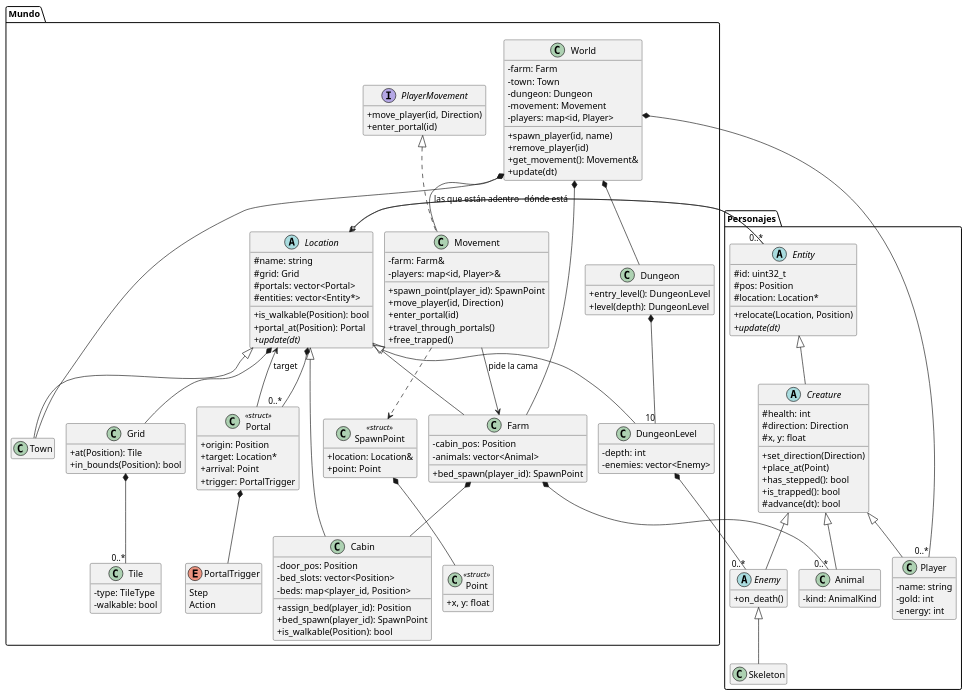
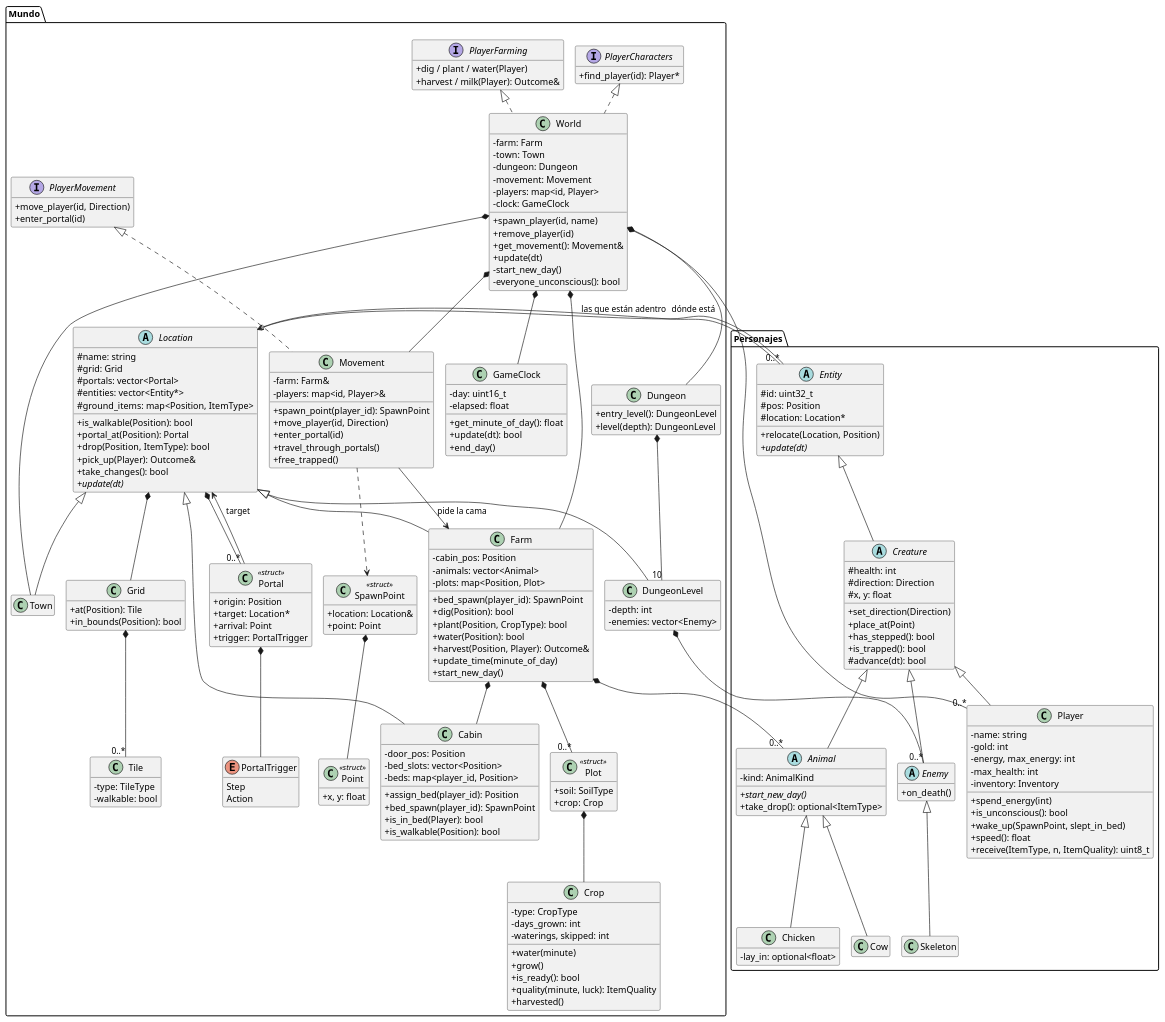
The diagram in server/docs/diagrams/world/world.puml (jerod1903/tp-taller-2026c2-grupo-14), drawn with PlantUML before and after one commit. The commit also changed 8 other files, not shown here.

Commit message:
docs(server): actualizo diagramas

```diff
--- a/server/docs/diagrams/world/world.puml
+++ b/server/docs/diagrams/world/world.puml
@@ -8,16 +8,33 @@
     + move_player(id, Direction)
     + enter_portal(id)
   }
+  interface PlayerCharacters {
+    + find_player(id): Player*
+  }
+  interface PlayerFarming {
+    + dig / plant / water(Player)
+    + harvest / milk(Player): Outcome&
+  }
+  class GameClock {
+    - day: uint16_t
+    - elapsed: float
+    + get_minute_of_day(): float
+    + update(dt): bool
+    + end_day()
+  }
   class World {
     - farm: Farm
     - town: Town
     - dungeon: Dungeon
     - movement: Movement
     - players: map<id, Player>
+    - clock: GameClock
     + spawn_player(id, name)
     + remove_player(id)
     + get_movement(): Movement&
     + update(dt)
+    - start_new_day()
+    - everyone_unconscious(): bool
   }
   class Movement {
     - farm: Farm&
@@ -40,14 +57,39 @@
     # grid: Grid
     # portals: vector<Portal>
     # entities: vector<Entity*>
+    # ground_items: map<Position, ItemType>
     + is_walkable(Position): bool
     + portal_at(Position): Portal
+    + drop(Position, ItemType): bool
+    + pick_up(Player): Outcome&
+    + take_changes(): bool
     + {abstract} update(dt)
   }
   class Farm {
     - cabin_pos: Position
     - animals: vector<Animal>
+    - plots: map<Position, Plot>
     + bed_spawn(player_id): SpawnPoint
+    + dig(Position): bool
+    + plant(Position, CropType): bool
+    + water(Position): bool
+    + harvest(Position, Player): Outcome&
+    + update_time(minute_of_day)
+    + start_new_day()
+  }
+  class Plot <<struct>> {
+    + soil: SoilType
+    + crop: Crop
+  }
+  class Crop {
+    - type: CropType
+    - days_grown: int
+    - waterings, skipped: int
+    + water(minute)
+    + grow()
+    + is_ready(): bool
+    + quality(minute, luck): ItemQuality
+    + harvested()
   }
   class Cabin {
     - door_pos: Position
@@ -55,6 +97,7 @@
     - beds: map<player_id, Position>
     + assign_bed(player_id): Position
     + bed_spawn(player_id): SpawnPoint
+    + is_in_bed(Player): bool
     + is_walkable(Position): bool
   }
   class Town
@@ -107,10 +150,23 @@
   class Player {
     - name: string
     - gold: int
-    - energy: int
+    - energy, max_energy: int
+    - max_health: int
+    - inventory: Inventory
+    + spend_energy(int)
+    + is_unconscious(): bool
+    + wake_up(SpawnPoint, slept_in_bed)
+    + speed(): float
+    + receive(ItemType, n, ItemQuality): uint8_t
   }
-  class Animal {
+  abstract class Animal {
     - kind: AnimalKind
+    + {abstract} start_new_day()
+    + take_drop(): optional<ItemType>
+  }
+  class Cow
+  class Chicken {
+    - lay_in: optional<float>
   }
   abstract class Enemy {
     + on_death()
@@ -119,6 +175,9 @@
 }
 
 PlayerMovement <|.. Movement
+PlayerCharacters <|.. World
+PlayerFarming <|.. World
+World *-- GameClock
 World *-- Farm
 World *-- Town
 World *-- Dungeon
@@ -134,6 +193,8 @@
 Location <|-- DungeonLevel
 Farm *-- Cabin
 Farm *-- "0..*" Animal
+Farm *-- "0..*" Plot
+Plot *-- Crop
 Dungeon *-- "10" DungeonLevel
 DungeonLevel *-- "0..*" Enemy
 Location *-- Grid
@@ -144,6 +205,8 @@
 Entity <|-- Creature
 Creature <|-- Player
 Creature <|-- Animal
+Animal <|-- Cow
+Animal <|-- Chicken
 Creature <|-- Enemy
 Enemy <|-- Skeleton
 Location o-- "0..*" Entity : las que están adentro
```
